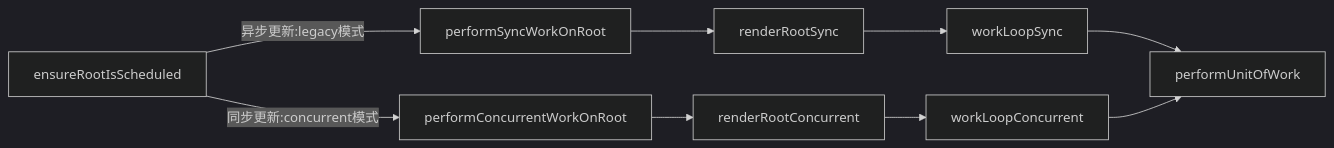
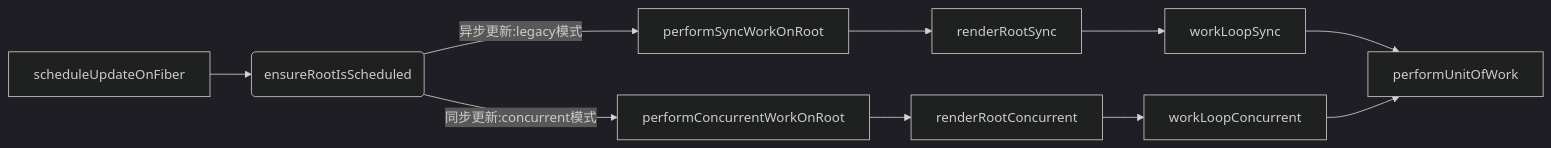
One commit to huiruo/code-record-manual changed the first of 3 diagrams in 08-React-core/React源码-fiber树的协调与渲染/01_2_mermaid.md. Above: the diagram before and after it, drawn with Mermaid (dark theme). The commit also changed other lines of this file and 4 other files, not shown here.

````diff
--- a/08-React-core/React源码-fiber树的协调与渲染/01_2_mermaid.md
+++ b/08-React-core/React源码-fiber树的协调与渲染/01_2_mermaid.md
@@ -3,7 +6,8 @@
 ```mermaid
 flowchart  LR
 
-ensureRootIsScheduled --异步更新:legacy模式--> performSyncWorkOnRoot-->renderRootSync-->workLoopSync-->performUnitOfWork
+scheduleUpdateOnFiber-->A1
+A1(ensureRootIsScheduled) --异步更新:legacy模式--> performSyncWorkOnRoot-->renderRootSync-->workLoopSync-->performUnitOfWork
 
-ensureRootIsScheduled --同步更新:concurrent模式--> performConcurrentWorkOnRoot-->renderRootConcurrent-->workLoopConcurrent-->performUnitOfWork
+A1 --同步更新:concurrent模式--> performConcurrentWorkOnRoot-->renderRootConcurrent-->workLoopConcurrent-->performUnitOfWork
 ```
````
